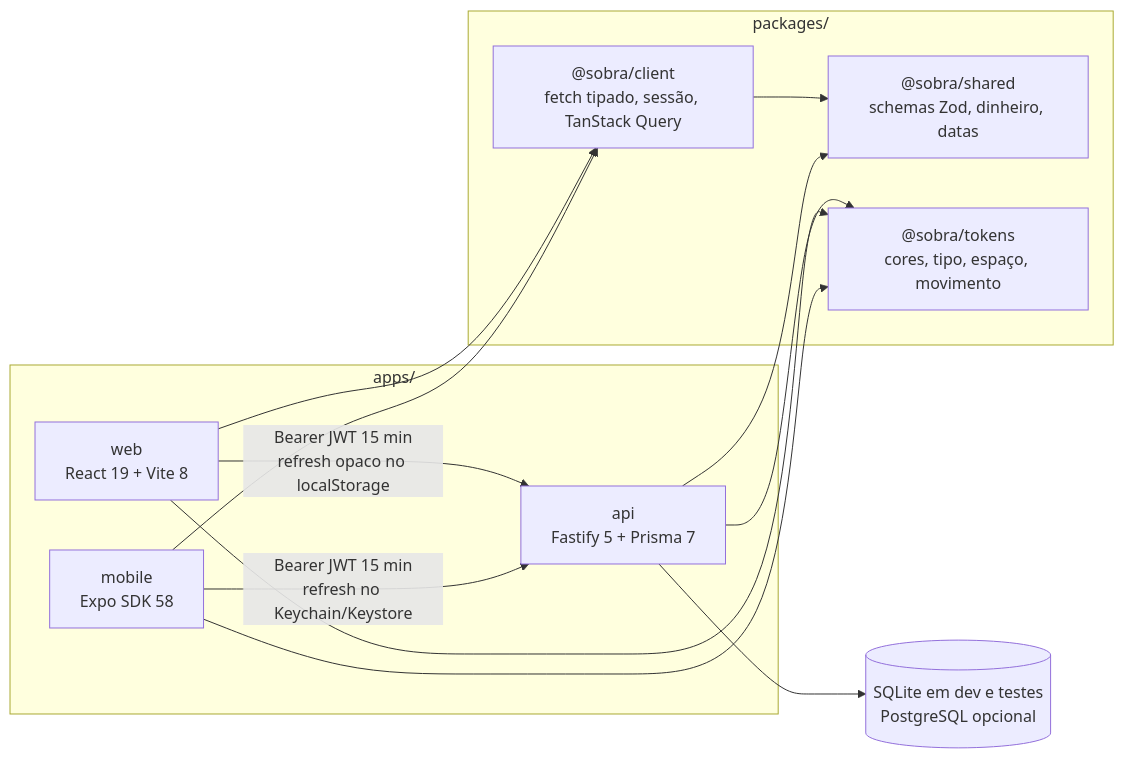
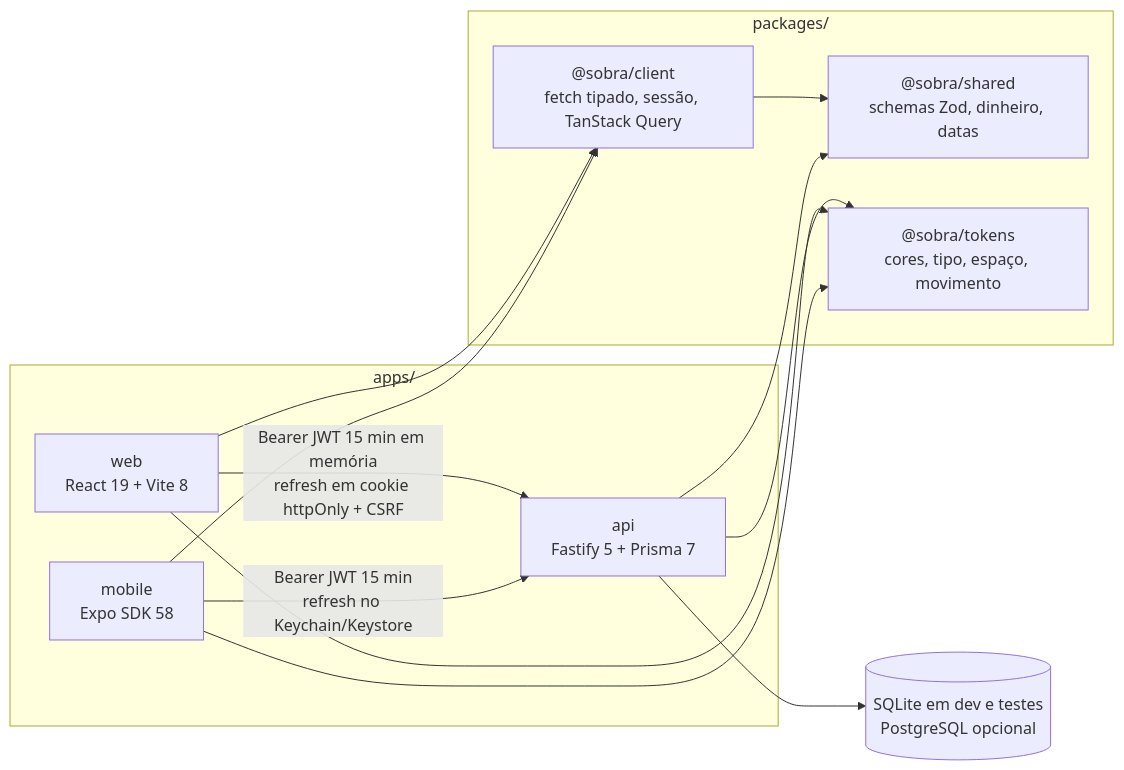
Before and after one commit to Felixdario/Sobra: the first of 2 diagrams in README.md, drawn with Mermaid. The commit also changed other lines of this file and 33 other files, not shown here.

First line of the commit message:
feat(auth): httpOnly cookie session with CSRF protection for the web

````diff
--- a/README.md
+++ b/README.md
@@ -110,26 +110,26 @@
 ```mermaid
 flowchart LR
   subgraph pacotes["packages/"]
     shared["@sobra/shared<br/>schemas Zod, dinheiro, datas"]
     tokens["@sobra/tokens<br/>cores, tipo, espaço, movimento"]
     client["@sobra/client<br/>fetch tipado, sessão, TanStack Query"]
   end
   subgraph apps["apps/"]
     api["api<br/>Fastify 5 + Prisma 7"]
     web["web<br/>React 19 + Vite 8"]
     mobile["mobile<br/>Expo SDK 58"]
   end
   db[("SQLite em dev e testes<br/>PostgreSQL opcional")]
 
   client --> shared
   api --> shared
   api --> tokens
   web --> client
   web --> tokens
   mobile --> client
   mobile --> tokens
   api --> db
 
-  web -- "Bearer JWT 15 min<br/>refresh opaco no localStorage" --> api
+  web -- "Bearer JWT 15 min em memória<br/>refresh em cookie httpOnly + CSRF" --> api
   mobile -- "Bearer JWT 15 min<br/>refresh no Keychain/Keystore" --> api
 ```
````
